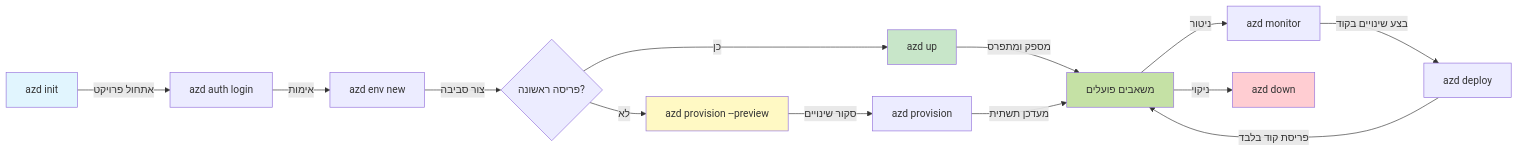
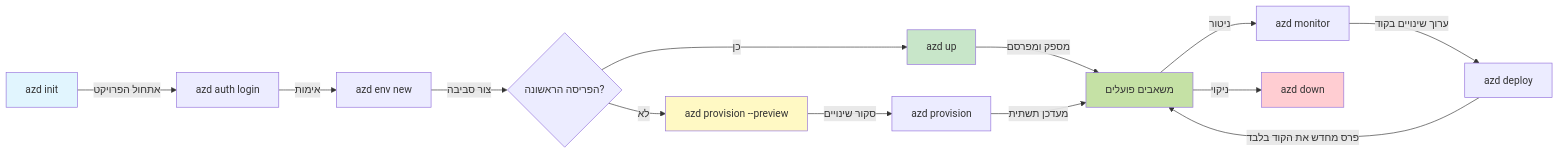
The first of 2 diagrams in translations/he/docs/chapter-01-foundation/azd-basics.md (microsoft/AZD-for-beginners), drawn with Mermaid before and after one commit. The commit also changed other lines of this file and 101 other files, not shown here.

````diff
--- a/translations/he/docs/chapter-01-foundation/azd-basics.md
+++ b/translations/he/docs/chapter-01-foundation/azd-basics.md
@@ -269,21 +269,21 @@
 ```mermaid
 graph LR
-    A[azd init] -->|אתחול פרויקט| B[azd auth login]
+    A[azd init] -->|אתחול הפרויקט| B[azd auth login]
     B -->|אימות| C[azd env new]
-    C -->|צור סביבה| D{פריסה ראשונה?}
+    C -->|צור סביבה| D{הפריסה הראשונה?}
     D -->|כן| E[azd up]
     D -->|לא| F[azd provision --preview]
     F -->|סקור שינויים| G[azd provision]
-    E -->|מספק ומתפרס| H[משאבים פועלים]
+    E -->|מספק ומפרסם| H[משאבים פועלים]
     G -->|מעדכן תשתית| H
     H -->|ניטור| I[azd monitor]
-    I -->|בצע שינויים בקוד| J[azd deploy]
-    J -->|פריסת קוד בלבד| H
+    I -->|ערוך שינויים בקוד| J[azd deploy]
+    J -->|פרס מחדש את הקוד בלבד| H
     H -->|ניקוי| K[azd down]
     
     style A fill:#e1f5fe
     style E fill:#c8e6c9
     style F fill:#fff9c4
     style H fill:#c5e1a5
     style K fill:#ffcdd2
-```
+```  
````
